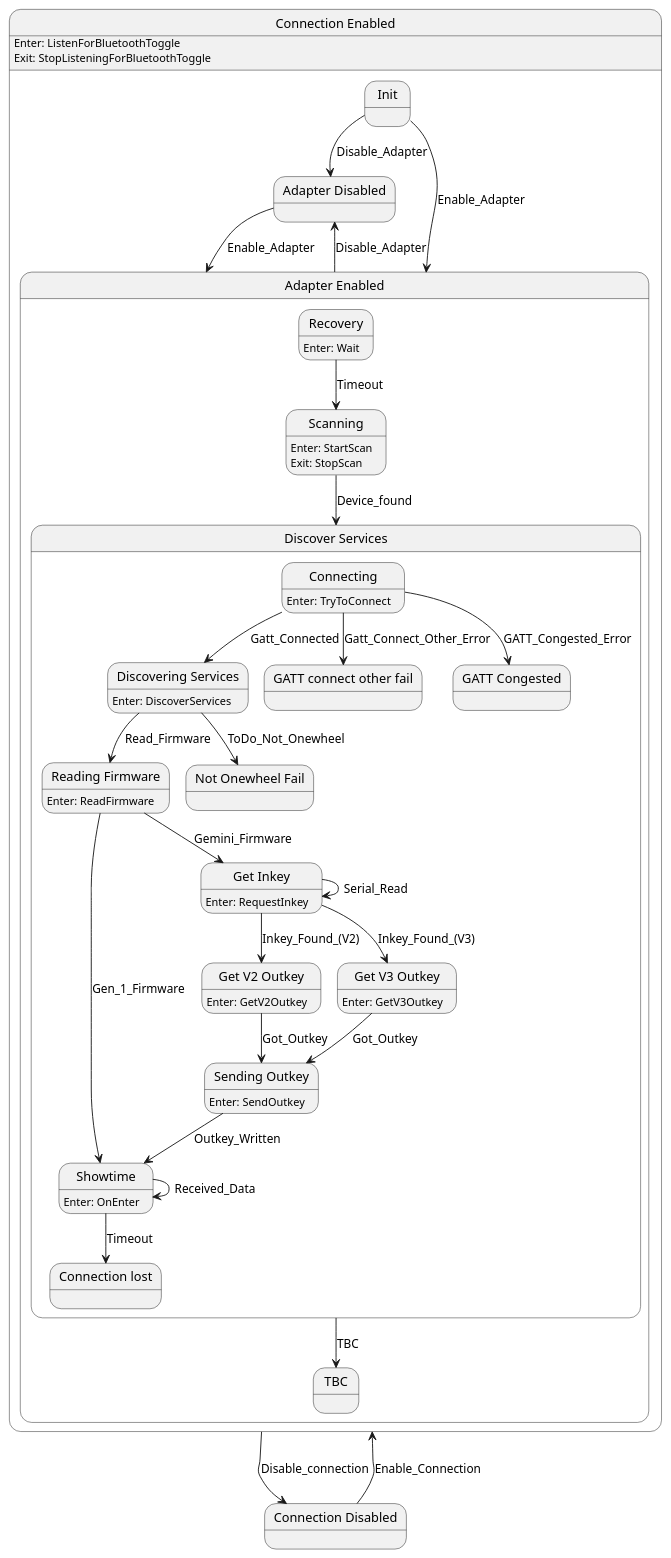
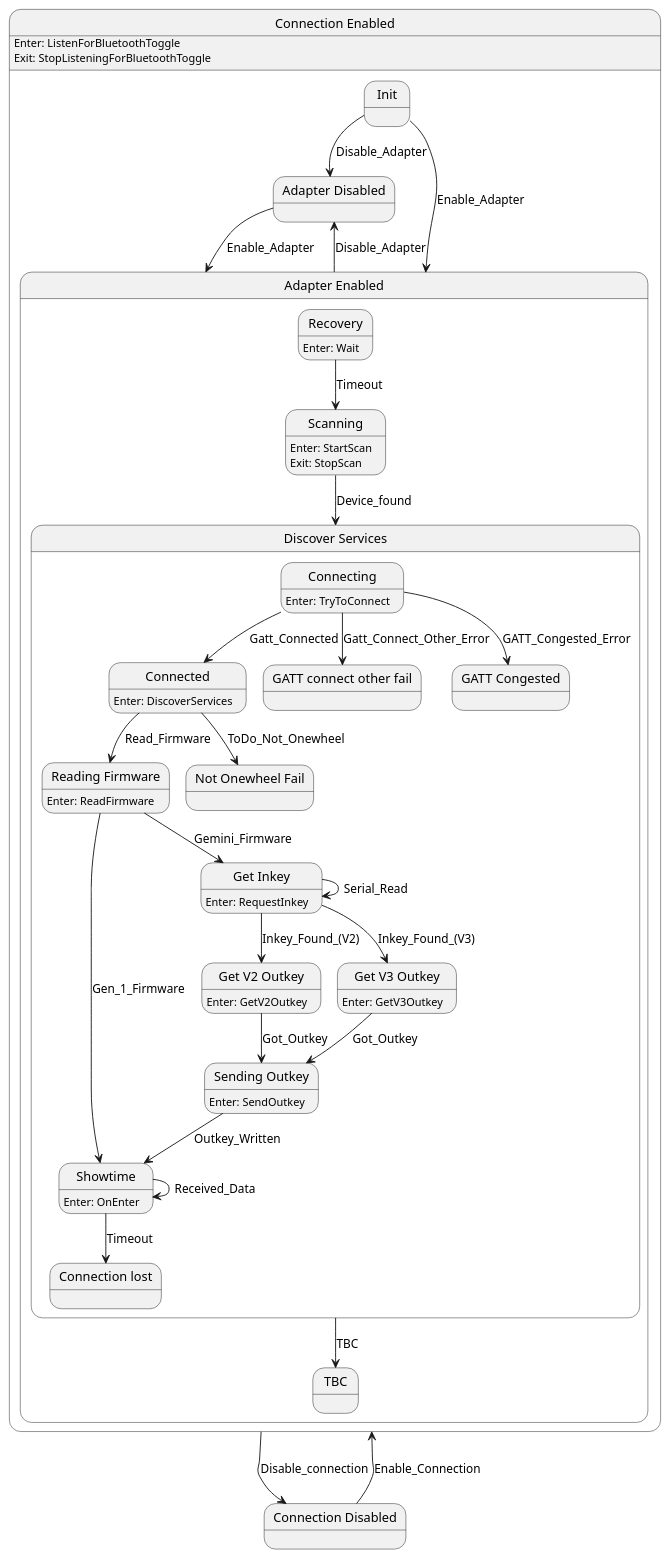
One commit to tekkies/android-ponewheel changed the diagram in doc/ponewheel-state.plantuml. Above: the diagram before and after it, drawn with PlantUML. The commit also changed 5 other files, not shown here.

```diff
--- a/doc/ponewheel-state.plantuml
+++ b/doc/ponewheel-state.plantuml
@@ -1,80 +1,80 @@
 @startuml
 state "Connection Enabled" as Connection_Enabled  {
     state "Adapter Disabled" as Adapter_Disabled  {
     }
     state "Adapter Enabled" as Adapter_Enabled  {
         state "Discover Services" as Discover_Services  {
-            state "Discovering Services" as Discovering_Services  {
-Discovering_Services : Enter: DiscoverServices
+            state "Connected" as Connected  {
+Connected : Enter: DiscoverServices
             }
             state "Reading Firmware" as Reading_Firmware  {
 Reading_Firmware : Enter: ReadFirmware
             }
             state "Showtime" as Showtime  {
 Showtime : Enter: OnEnter
             }
             state "Get Inkey" as Get_Inkey  {
 Get_Inkey : Enter: RequestInkey
             }
             state "Get V2 Outkey" as Get_V2_Outkey  {
 Get_V2_Outkey : Enter: GetV2Outkey
             }
             state "Get V3 Outkey" as Get_V3_Outkey  {
 Get_V3_Outkey : Enter: GetV3Outkey
             }
             state "Sending Outkey" as Sending_Outkey  {
 Sending_Outkey : Enter: SendOutkey
             }
             state "GATT connect other fail" as GATT_connect_other_fail  {
             }
             state "GATT Congested" as GATT_Congested  {
             }
             state "Not Onewheel Fail" as Not_Onewheel_Fail  {
             }
             state "Connection lost" as Connection_lost  {
             }
             state "Connecting" as Connecting  {
 Connecting : Enter: TryToConnect
             }
         }
         state "Recovery" as Recovery  {
 Recovery : Enter: Wait
         }
         state "TBC" as TBC  {
         }
         state "Scanning" as Scanning  {
 Scanning : Enter: StartScan\nExit: StopScan
         }
     }
     state "Init" as Init  {
     }
 Connection_Enabled : Enter: ListenForBluetoothToggle\nExit: StopListeningForBluetoothToggle
 }
 state "Connection Disabled" as Connection_Disabled  {
 }
 Adapter_Disabled --> Adapter_Enabled : Enable_Adapter
-Discovering_Services --> Not_Onewheel_Fail : ToDo_Not_Onewheel
-Discovering_Services --> Reading_Firmware : Read_Firmware
+Connected --> Not_Onewheel_Fail : ToDo_Not_Onewheel
+Connected --> Reading_Firmware : Read_Firmware
 Reading_Firmware --> Showtime : Gen_1_Firmware
 Reading_Firmware --> Get_Inkey : Gemini_Firmware
 Showtime --> Showtime : Received_Data
 Showtime --> Connection_lost : Timeout
 Get_Inkey --> Get_Inkey : Serial_Read
 Get_Inkey --> Get_V2_Outkey : Inkey_Found_(V2)
 Get_Inkey --> Get_V3_Outkey : Inkey_Found_(V3)
 Get_V2_Outkey --> Sending_Outkey : Got_Outkey
 Get_V3_Outkey --> Sending_Outkey : Got_Outkey
 Sending_Outkey --> Showtime : Outkey_Written
-Connecting --> Discovering_Services : Gatt_Connected
+Connecting --> Connected : Gatt_Connected
 Connecting --> GATT_connect_other_fail : Gatt_Connect_Other_Error
 Connecting --> GATT_Congested : GATT_Congested_Error
 Discover_Services --> TBC : TBC
 Recovery --> Scanning : Timeout
 Scanning --> Discover_Services : Device_found
 Adapter_Enabled --> Adapter_Disabled : Disable_Adapter
 Init --> Adapter_Enabled : Enable_Adapter
 Init --> Adapter_Disabled : Disable_Adapter
 Connection_Enabled --> Connection_Disabled : Disable_connection
 Connection_Disabled --> Connection_Enabled : Enable_Connection
  
 @enduml
```
